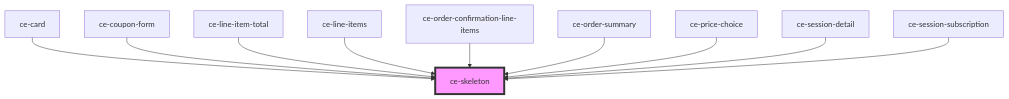
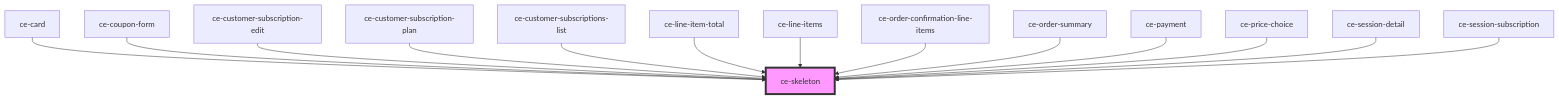
The diagram in packages/components/src/components/ui/skeleton/readme.md (surecart/surecart-wp-plugin), drawn with Mermaid before and after one commit. The commit also changed other lines of this file and 41 other files, not shown here.

````diff
--- a/packages/components/src/components/ui/skeleton/readme.md
+++ b/packages/components/src/components/ui/skeleton/readme.md
@@ -47,13 +51,17 @@
 ```mermaid
 graph TD;
   ce-card --> ce-skeleton
   ce-coupon-form --> ce-skeleton
+  ce-customer-subscription-edit --> ce-skeleton
+  ce-customer-subscription-plan --> ce-skeleton
+  ce-customer-subscriptions-list --> ce-skeleton
   ce-line-item-total --> ce-skeleton
   ce-line-items --> ce-skeleton
   ce-order-confirmation-line-items --> ce-skeleton
   ce-order-summary --> ce-skeleton
+  ce-payment --> ce-skeleton
   ce-price-choice --> ce-skeleton
   ce-session-detail --> ce-skeleton
   ce-session-subscription --> ce-skeleton
   style ce-skeleton fill:#f9f,stroke:#333,stroke-width:4px
 ```
````
